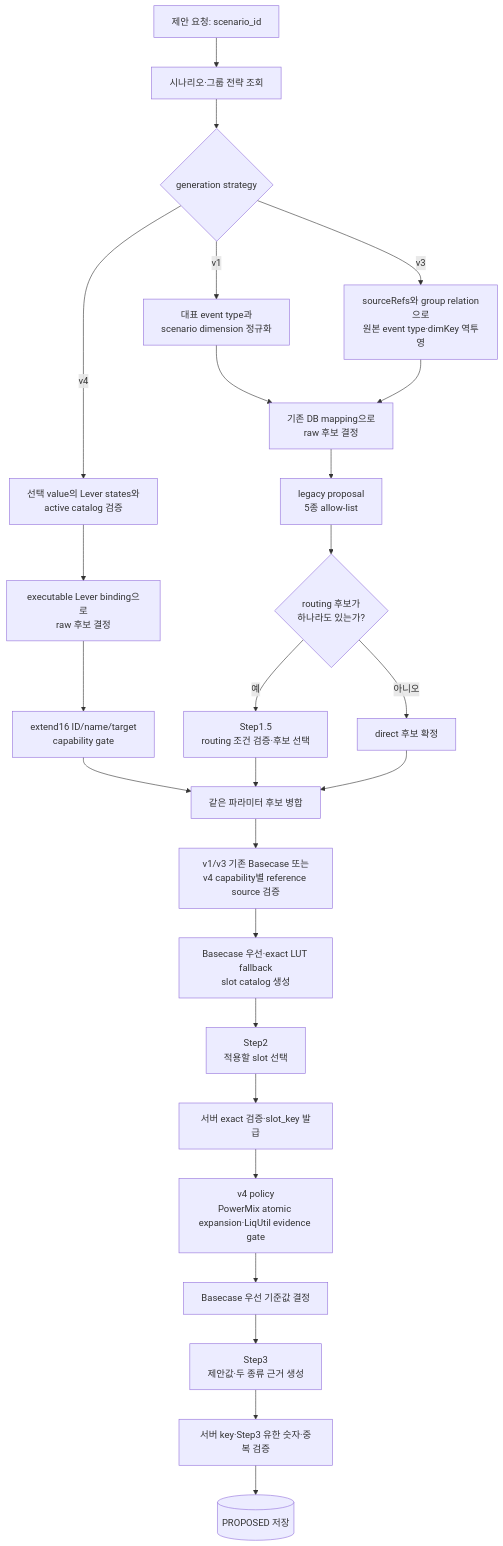
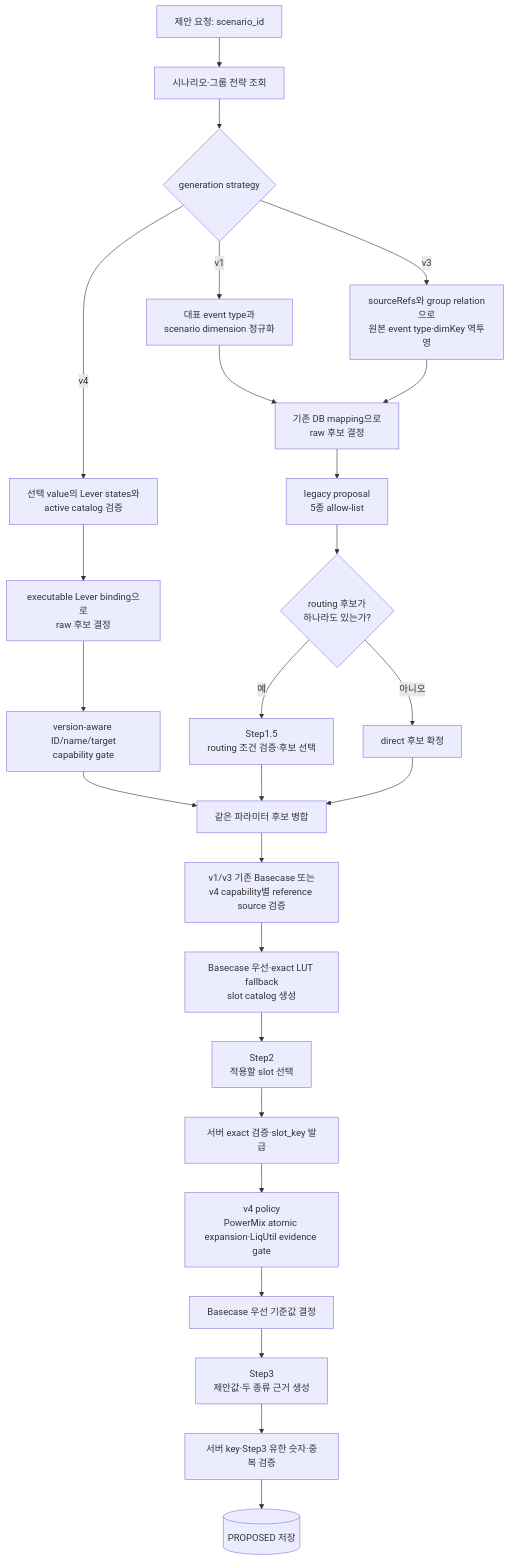
One commit to enkhbaatarL/skmip-mi-agent changed the first of 4 diagrams in docs/agents/model_parameter_agent/04_MODEL_PARAMETER_AGENT_FLOW.md. Above: the diagram before and after it, drawn with Mermaid. The commit also changed other lines of this file and 51 other files, not shown here.

````diff
--- a/docs/agents/model_parameter_agent/04_MODEL_PARAMETER_AGENT_FLOW.md
+++ b/docs/agents/model_parameter_agent/04_MODEL_PARAMETER_AGENT_FLOW.md
@@ -49,28 +49,28 @@
 ```mermaid
 flowchart TD
     A[제안 요청: scenario_id] --> B[시나리오·그룹 전략 조회]
     B --> V{generation strategy}
     V -- v1 --> C1[대표 event type과\nscenario dimension 정규화]
     V -- v3 --> C2[sourceRefs와 group relation으로\n원본 event type·dimKey 역투영]
     V -- v4 --> C3[선택 value의 Lever states와\nactive catalog 검증]
     C1 --> C[기존 DB mapping으로\nraw 후보 결정]
     C2 --> C
     C3 --> C4[executable Lever binding으로\nraw 후보 결정]
     C --> R1[legacy proposal\n5종 allow-list]
-    C4 --> R4[extend16 ID/name/target\ncapability gate]
+    C4 --> R4[version-aware ID/name/target\ncapability gate]
     R1 --> D{routing 후보가<br/>하나라도 있는가?}
     R4 --> G
     D -- 예 --> E[Step1.5<br/>routing 조건 검증·후보 선택]
     D -- 아니오 --> F[direct 후보 확정]
     E --> G[같은 파라미터 후보 병합]
     F --> G
     G --> H[v1/v3 기존 Basecase 또는<br/>v4 capability별 reference source 검증]
     H --> H2[Basecase 우선·exact LUT fallback<br/>slot catalog 생성]
     H2 --> I[Step2<br/>적용할 slot 선택]
     I --> J[서버 exact 검증·slot_key 발급]
     J --> P[v4 policy<br/>PowerMix atomic expansion·LiqUtil evidence gate]
     P --> K[Basecase 우선 기준값 결정]
     K --> L[Step3<br/>제안값·두 종류 근거 생성]
     L --> M[서버 key·Step3 유한 숫자·중복 검증]
     M --> N[(PROPOSED 저장)]
 ```
````
